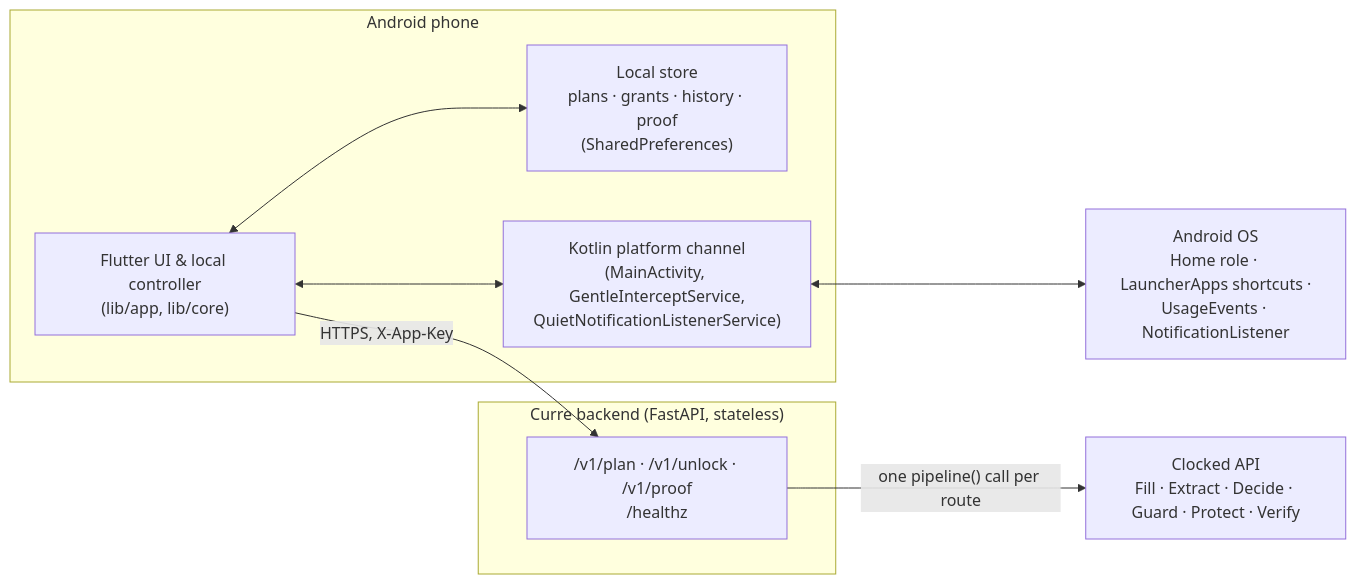
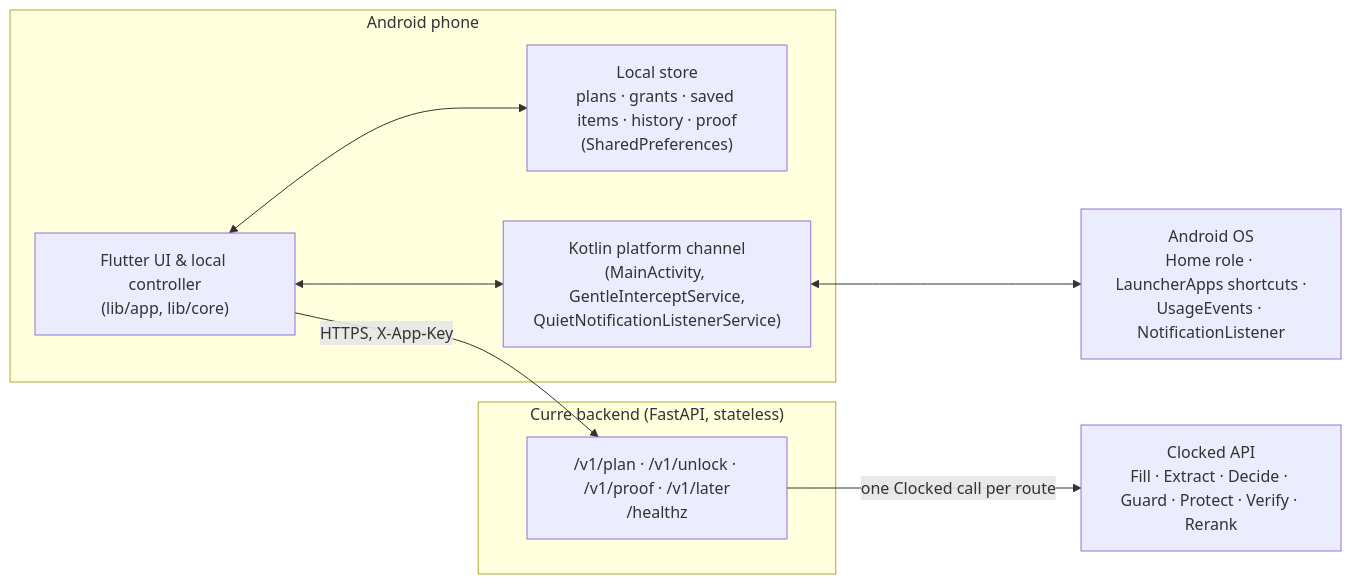
One commit to MI-TECHDLIN/curre changed the diagram in README.md. Above: the diagram before and after it, drawn with Mermaid. The commit also changed other lines of this file and 28 other files, not shown here.

````diff
--- a/README.md
+++ b/README.md
@@ -107,22 +118,22 @@
 ```mermaid
 flowchart LR
     subgraph Phone["Android phone"]
         UI["Flutter UI & local controller\n(lib/app, lib/core)"]
-        Store["Local store\nplans · grants · history · proof\n(SharedPreferences)"]
+        Store["Local store\nplans · grants · saved items · history · proof\n(SharedPreferences)"]
         Kotlin["Kotlin platform channel\n(MainActivity, GentleInterceptService,\nQuietNotificationListenerService)"]
     end
 
     Android["Android OS\nHome role · LauncherApps shortcuts ·\nUsageEvents · NotificationListener"]
 
     subgraph Backend["Curre backend (FastAPI, stateless)"]
-        Routes["/v1/plan · /v1/unlock · /v1/proof\n/healthz"]
+        Routes["/v1/plan · /v1/unlock · /v1/proof · /v1/later\n/healthz"]
     end
 
-    Clocked["Clocked API\nFill · Extract · Decide · Guard · Protect · Verify"]
+    Clocked["Clocked API\nFill · Extract · Decide · Guard · Protect · Verify · Rerank"]
 
     UI <--> Store
     UI <--> Kotlin
     Kotlin <--> Android
     UI -- "HTTPS, X-App-Key" --> Routes
-    Routes -- "one pipeline() call per route" --> Clocked
+    Routes -- "one Clocked call per route" --> Clocked
 ```
````
